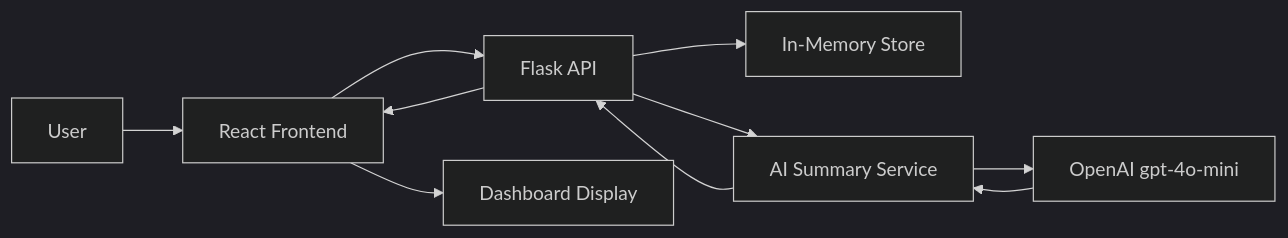
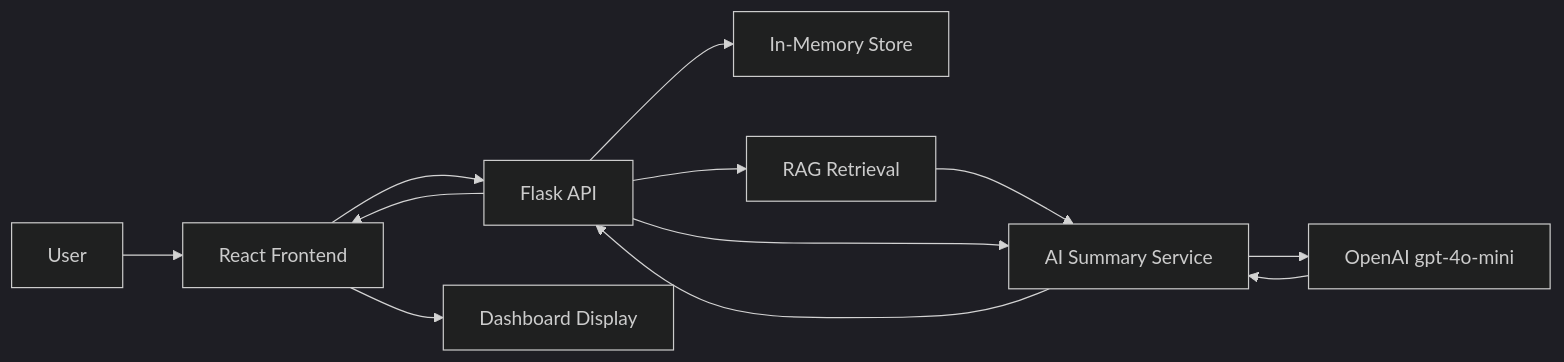
Before and after one commit to Shahzaib-Sardar/AI-Driven-Lab: the diagram in documents/technical_report.md, drawn with Mermaid (dark theme). The commit also changed other lines of this file and 15 other files, not shown here.

First line of the commit message:
feat: Add AI checklist features, responsive table layout, RAG service, and admin utilities

````diff
--- a/documents/technical_report.md
+++ b/documents/technical_report.md
@@ -25,12 +25,14 @@
 ```mermaid
 flowchart LR
     U[User] --> F[React Frontend]
     F --> A[Flask API]
     A --> S[In-Memory Store]
+    A --> R[RAG Retrieval]
+    R --> P[AI Summary Service]
     A --> P[AI Summary Service]
     P --> L[OpenAI gpt-4o-mini]
     L --> P
     P --> A
     A --> F
     F --> D[Dashboard Display]
 ```
````
